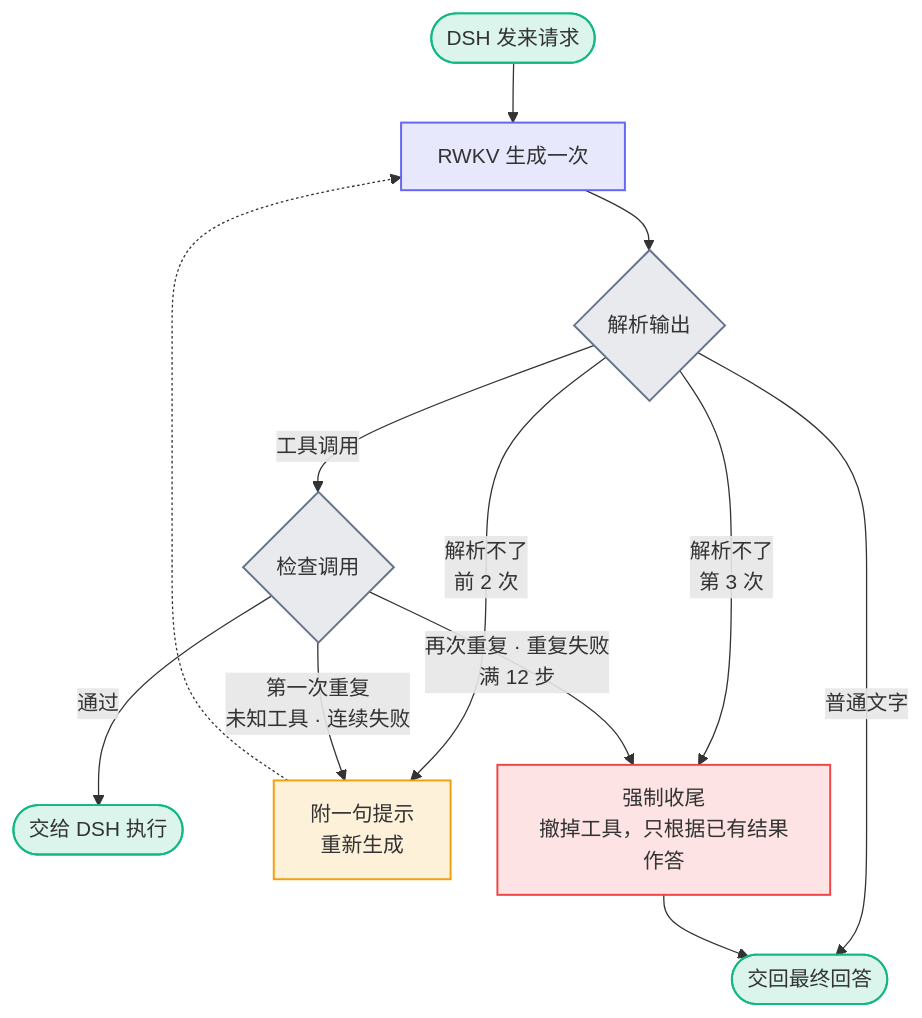
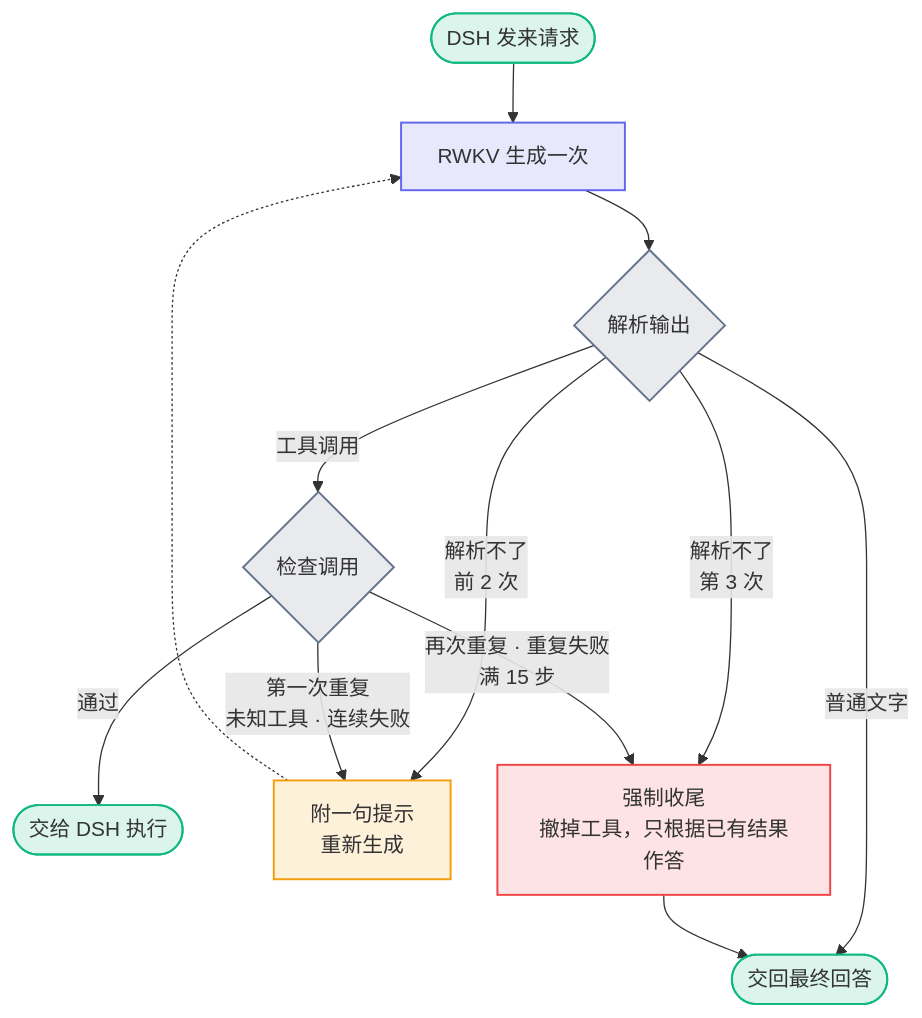
Before and after one commit to No-22-Github/dsh-rwkv-plugin: the second of 2 diagrams in README.md, drawn with Mermaid. The commit also changed other lines of this file and 6 other files, not shown here.

````diff
--- a/README.md
+++ b/README.md
@@ -38,21 +38,21 @@
 ```mermaid
 %%{init: {"flowchart":{"curve":"basis","nodeSpacing":36,"rankSpacing":46,"padding":14}}}%%
 flowchart TD
     S(["DSH 发来请求"]):::io --> G["RWKV 生成一次"]:::model
     G --> PA{"解析输出"}:::check
     PA -- "普通文字" --> FIN(["交回最终回答"]):::io
     PA -- "工具调用" --> GT{"检查调用"}:::check
     GT -- "通过" --> RUN(["交给 DSH 执行"]):::io
     PA -- "解析不了<br/>前 2 次" --> RE["附一句提示<br/>重新生成"]:::retry
     GT -- "第一次重复<br/>未知工具 · 连续失败" --> RE
     RE -.-> G
     PA -- "解析不了<br/>第 3 次" --> CL["强制收尾<br/>撤掉工具，只根据已有结果作答"]:::stop
-    GT -- "再次重复 · 重复失败<br/>满 12 步" --> CL
+    GT -- "再次重复 · 重复失败<br/>满 15 步" --> CL
     CL --> FIN
 
     classDef io fill:#10b98126,stroke:#10b981,stroke-width:1.5px
     classDef model fill:#6366f126,stroke:#6366f1,stroke-width:1.5px
     classDef check fill:#64748b26,stroke:#64748b,stroke-width:1.5px
     classDef retry fill:#f59e0b26,stroke:#f59e0b,stroke-width:1.5px
     classDef stop fill:#ef444426,stroke:#ef4444,stroke-width:1.5px
 ```
````
